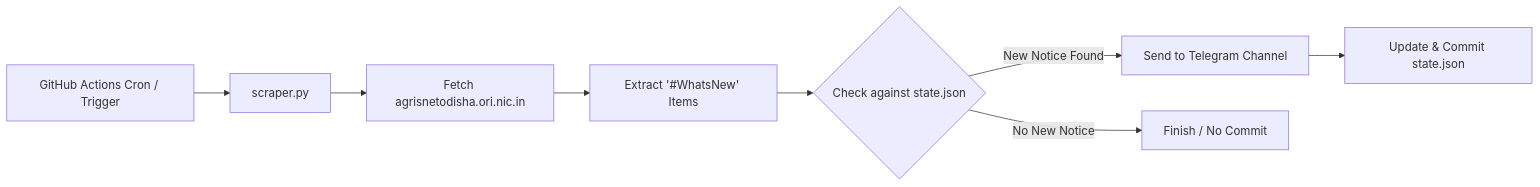
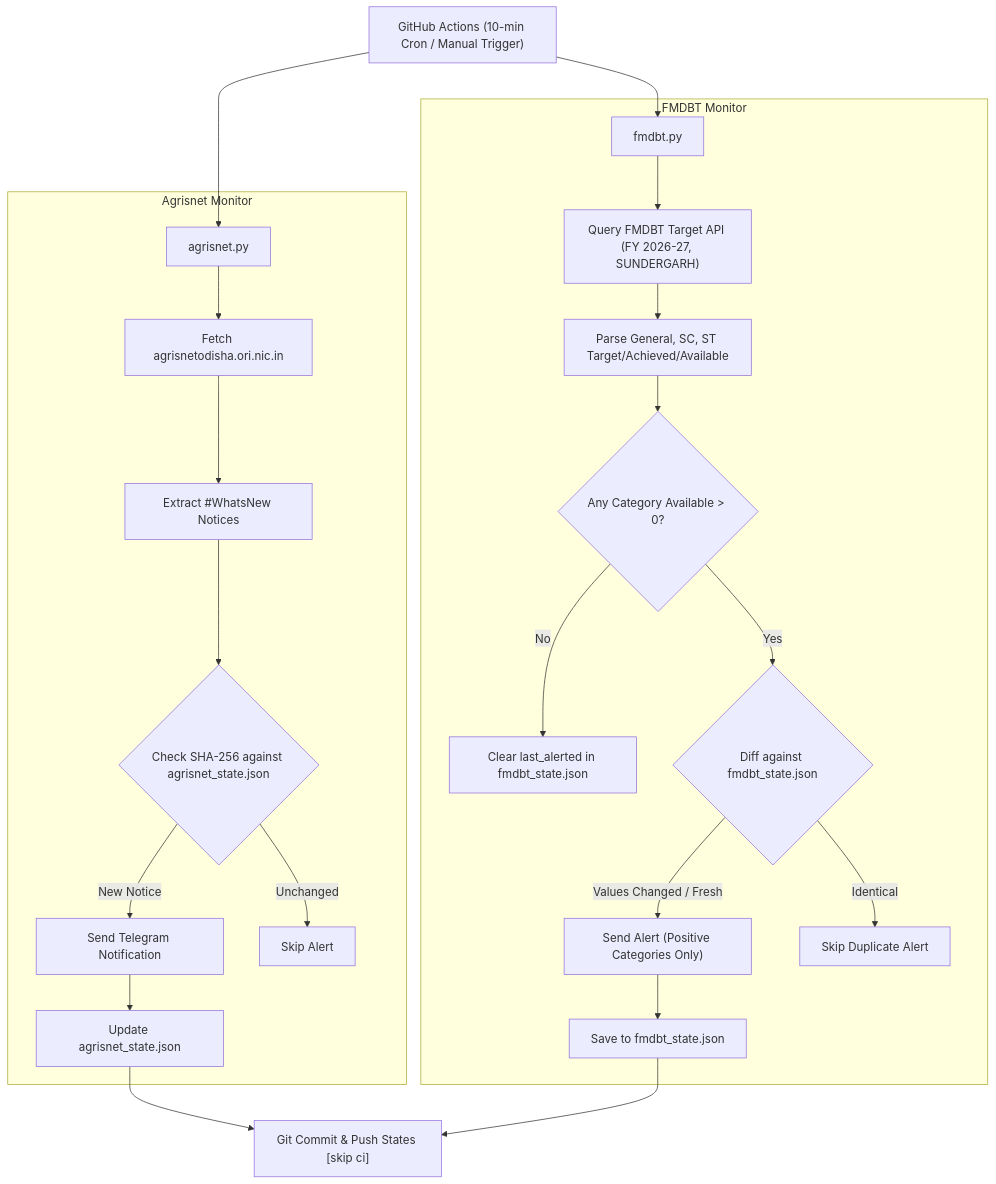
The diagram in README.md (dhiraj-patra/Odisha-Agri-Alerts), drawn with Mermaid before and after one commit. The commit also changed other lines of this file and 5 other files, not shown here.

Commit message:
feat: rename to Agriculture-Bot, add FMDBT monitor, separate states

````diff
--- a/README.md
+++ b/README.md
@@ -36,10 +71,28 @@
 ```mermaid
-flowchart LR
-    A[GitHub Actions Cron / Trigger] --> B[scraper.py]
-    B --> C[Fetch agrisnetodisha.ori.nic.in]
-    C --> D[Extract '#WhatsNew' Items]
-    D --> E{Check against state.json}
-    E -- New Notice Found --> F[Send to Telegram Channel]
-    F --> G[Update & Commit state.json]
-    E -- No New Notice --> H[Finish / No Commit]
+flowchart TD
+    A["GitHub Actions (10-min Cron / Manual Trigger)"] --> B["agrisnet.py"]
+    A --> C["fmdbt.py"]
+    
+    subgraph Agrisnet Monitor
+        B --> D["Fetch agrisnetodisha.ori.nic.in"]
+        D --> E["Extract #WhatsNew Notices"]
+        E --> F{"Check SHA-256 against agrisnet_state.json"}
+        F -- New Notice --> G["Send Telegram Notification"]
+        G --> H["Update agrisnet_state.json"]
+        F -- Unchanged --> I["Skip Alert"]
+    end
+    
+    subgraph FMDBT Monitor
+        C --> J["Query FMDBT Target API (FY 2026-27, SUNDERGARH)"]
+        J --> K["Parse General, SC, ST Target/Achieved/Available"]
+        K --> L{"Any Category Available > 0?"}
+        L -- No --> M["Clear last_alerted in fmdbt_state.json"]
+        L -- Yes --> N{"Diff against fmdbt_state.json"}
+        N -- Values Changed / Fresh --> O["Send Alert (Positive Categories Only)"]
+        O --> P["Save to fmdbt_state.json"]
+        N -- Identical --> Q["Skip Duplicate Alert"]
+    end
+    
+    H --> R["Git Commit & Push States [skip ci]"]
+    P --> R
 ```
````
